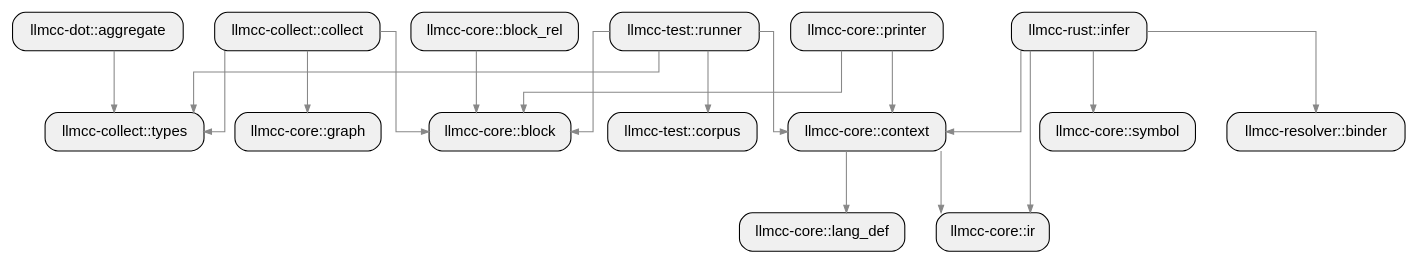
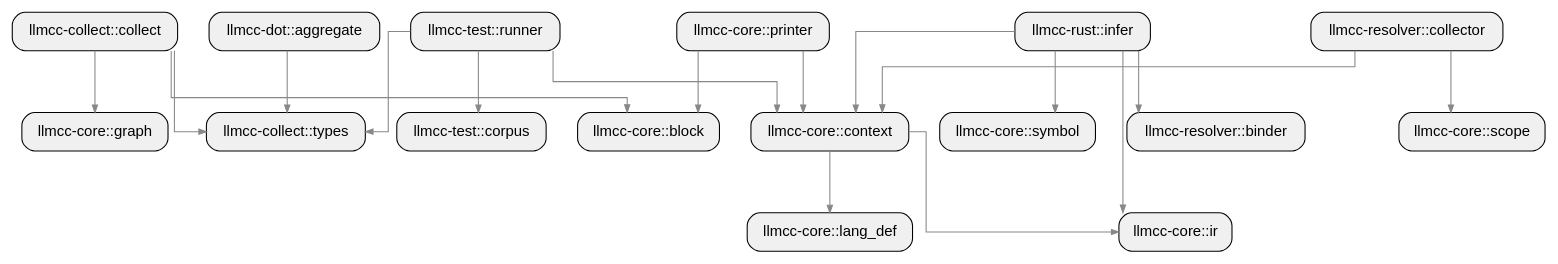
One commit to allenanswerzq/llmcc changed the diagram in sample/rust/llmcc-pagerank/depth_2_module.dot. Above: the diagram before and after it, drawn with Graphviz. The commit also changed 303 other files, not shown here.

```diff
--- a/sample/rust/llmcc-pagerank/depth_2_module.dot
+++ b/sample/rust/llmcc-pagerank/depth_2_module.dot
@@ -1,47 +1,48 @@
 digraph architecture {
   rankdir=TB;
   ranksep=0.8;
   nodesep=0.4;
   splines=ortho;
   concentrate=true;
 
   node [shape=box, style="rounded,filled", fillcolor="#f0f0f0", fontname="Helvetica"];
   edge [color="#888888", arrowsize=0.7];
 
   labelloc=t;
   fontsize=16;
 
   mod_llmcc_collect_collect[label="llmcc-collect::collect", path="/home/yibai/llmcc/sample/repos/llmcc/crates/llmcc-collect/src"];
   mod_llmcc_collect_types[label="llmcc-collect::types", path="/home/yibai/llmcc/sample/repos/llmcc/crates/llmcc-collect/src"];
   mod_llmcc_core_block[label="llmcc-core::block", path="/home/yibai/llmcc/sample/repos/llmcc/crates/llmcc-core/src"];
-  mod_llmcc_core_block_rel[label="llmcc-core::block_rel", path="/home/yibai/llmcc/sample/repos/llmcc/crates/llmcc-core/src"];
   mod_llmcc_core_context[label="llmcc-core::context", path="/home/yibai/llmcc/sample/repos/llmcc/crates/llmcc-core/src"];
   mod_llmcc_core_graph[label="llmcc-core::graph", path="/home/yibai/llmcc/sample/repos/llmcc/crates/llmcc-core/src"];
   mod_llmcc_core_ir[label="llmcc-core::ir", path="/home/yibai/llmcc/sample/repos/llmcc/crates/llmcc-core/src"];
   mod_llmcc_core_lang_def[label="llmcc-core::lang_def", path="/home/yibai/llmcc/sample/repos/llmcc/crates/llmcc-core/src"];
   mod_llmcc_core_printer[label="llmcc-core::printer", path="/home/yibai/llmcc/sample/repos/llmcc/crates/llmcc-core/src"];
+  mod_llmcc_core_scope[label="llmcc-core::scope", path="/home/yibai/llmcc/sample/repos/llmcc/crates/llmcc-core/src"];
   mod_llmcc_core_symbol[label="llmcc-core::symbol", path="/home/yibai/llmcc/sample/repos/llmcc/crates/llmcc-core/src"];
   mod_llmcc_dot_aggregate[label="llmcc-dot::aggregate", path="/home/yibai/llmcc/sample/repos/llmcc/crates/llmcc-dot/src"];
   mod_llmcc_resolver_binder[label="llmcc-resolver::binder", path="/home/yibai/llmcc/sample/repos/llmcc/crates/llmcc-resolver/src"];
+  mod_llmcc_resolver_collector[label="llmcc-resolver::collector", path="/home/yibai/llmcc/sample/repos/llmcc/crates/llmcc-resolver/src"];
   mod_llmcc_rust_infer[label="llmcc-rust::infer", path="/home/yibai/llmcc/sample/repos/llmcc/crates/llmcc-rust/src"];
   mod_llmcc_test_corpus[label="llmcc-test::corpus", path="/home/yibai/llmcc/sample/repos/llmcc/crates/llmcc-test/src"];
   mod_llmcc_test_runner[label="llmcc-test::runner", path="/home/yibai/llmcc/sample/repos/llmcc/crates/llmcc-test/src"];
 
   mod_llmcc_collect_collect -> mod_llmcc_collect_types;
   mod_llmcc_collect_collect -> mod_llmcc_core_block;
   mod_llmcc_collect_collect -> mod_llmcc_core_graph;
-  mod_llmcc_core_block_rel -> mod_llmcc_core_block;
   mod_llmcc_core_context -> mod_llmcc_core_ir;
   mod_llmcc_core_context -> mod_llmcc_core_lang_def;
   mod_llmcc_core_printer -> mod_llmcc_core_block;
   mod_llmcc_core_printer -> mod_llmcc_core_context;
   mod_llmcc_dot_aggregate -> mod_llmcc_collect_types;
+  mod_llmcc_resolver_collector -> mod_llmcc_core_context;
+  mod_llmcc_resolver_collector -> mod_llmcc_core_scope;
   mod_llmcc_rust_infer -> mod_llmcc_core_context;
   mod_llmcc_rust_infer -> mod_llmcc_core_ir;
   mod_llmcc_rust_infer -> mod_llmcc_core_symbol;
   mod_llmcc_rust_infer -> mod_llmcc_resolver_binder;
   mod_llmcc_test_runner -> mod_llmcc_collect_types;
-  mod_llmcc_test_runner -> mod_llmcc_core_block;
   mod_llmcc_test_runner -> mod_llmcc_core_context;
   mod_llmcc_test_runner -> mod_llmcc_test_corpus;
 }
```
